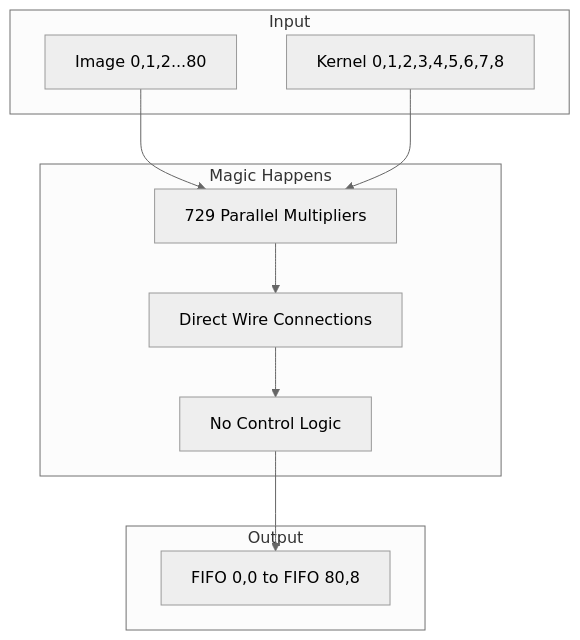
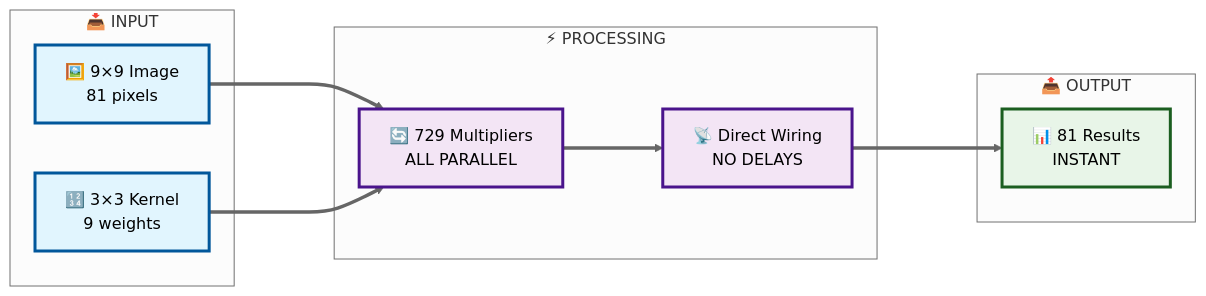
The second of 12 diagrams in src/tensor/README.md (jalcim/logilib), drawn with Mermaid (neutral theme) before and after one commit. The commit also changed other lines of this file and 1 other file, not shown here.

````diff
--- a/src/tensor/README.md
+++ b/src/tensor/README.md
@@ -19,24 +19,30 @@
 ```mermaid
-graph TD
-    subgraph "Input"
-        A[Image 0,1,2...80]
-        B[Kernel 0,1,2,3,4,5,6,7,8]
+flowchart LR
+    subgraph Input [" 📥 INPUT "]
+        A["🖼️ 9×9 Image<br/>81 pixels"]
+        B["🔢 3×3 Kernel<br/>9 weights"]
     end
 
-    subgraph "Magic Happens"
-        C[729 Parallel Multipliers]
-        D[Direct Wire Connections]
-        E[No Control Logic]
+    subgraph Processing [" ⚡ PROCESSING "]
+        C["🔄 729 Multipliers<br/>ALL PARALLEL"]
+        D["📡 Direct Wiring<br/>NO DELAYS"]
     end
 
-    subgraph "Output"
-        F[FIFO 0,0 to FIFO 80,8]
+    subgraph Output [" 📤 OUTPUT "]
+        E["📊 81 Results<br/>INSTANT"]
     end
 
-    A --> C
-    B --> C
-    C --> D
-    D --> E
-    E --> F
+    A ===> C
+    B ===> C
+    C ===> D
+    D ===> E
+
+    classDef inputStyle fill:#e1f5fe,stroke:#01579b,stroke-width:3px,color:#000
+    classDef processStyle fill:#f3e5f5,stroke:#4a148c,stroke-width:3px,color:#000
+    classDef outputStyle fill:#e8f5e8,stroke:#1b5e20,stroke-width:3px,color:#000
+
+    class A,B inputStyle
+    class C,D processStyle
+    class E outputStyle
 
 ```
````
